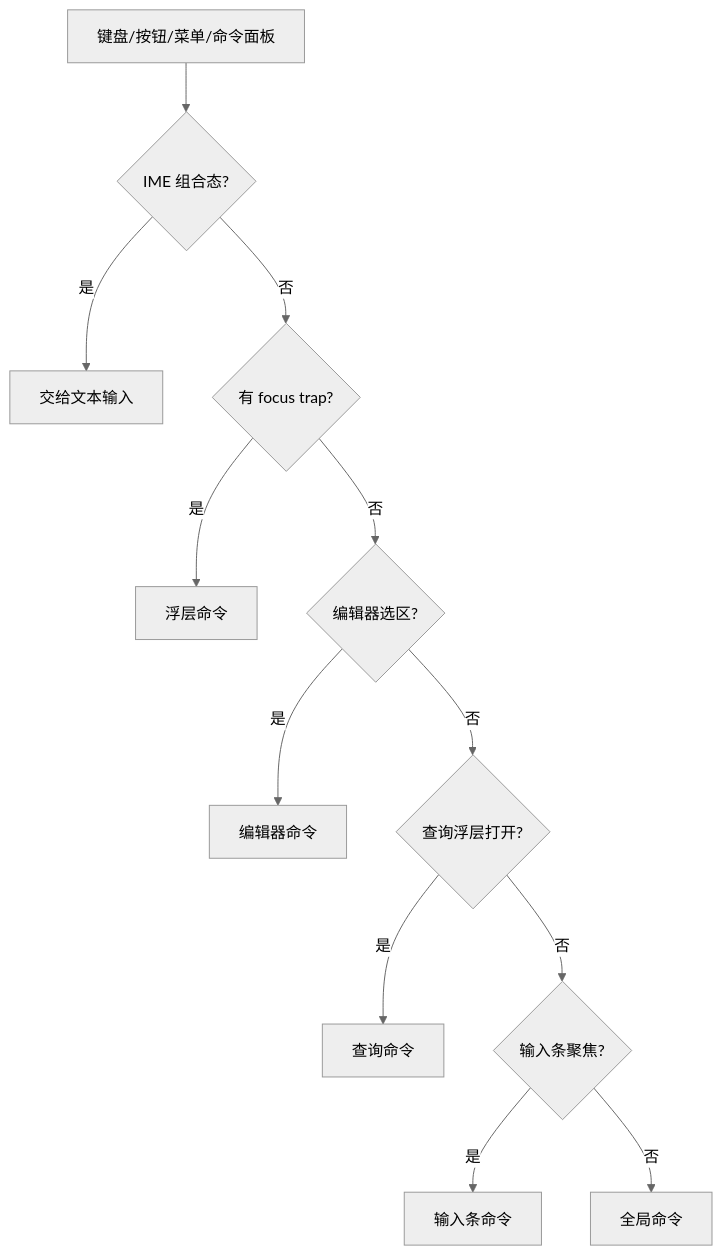
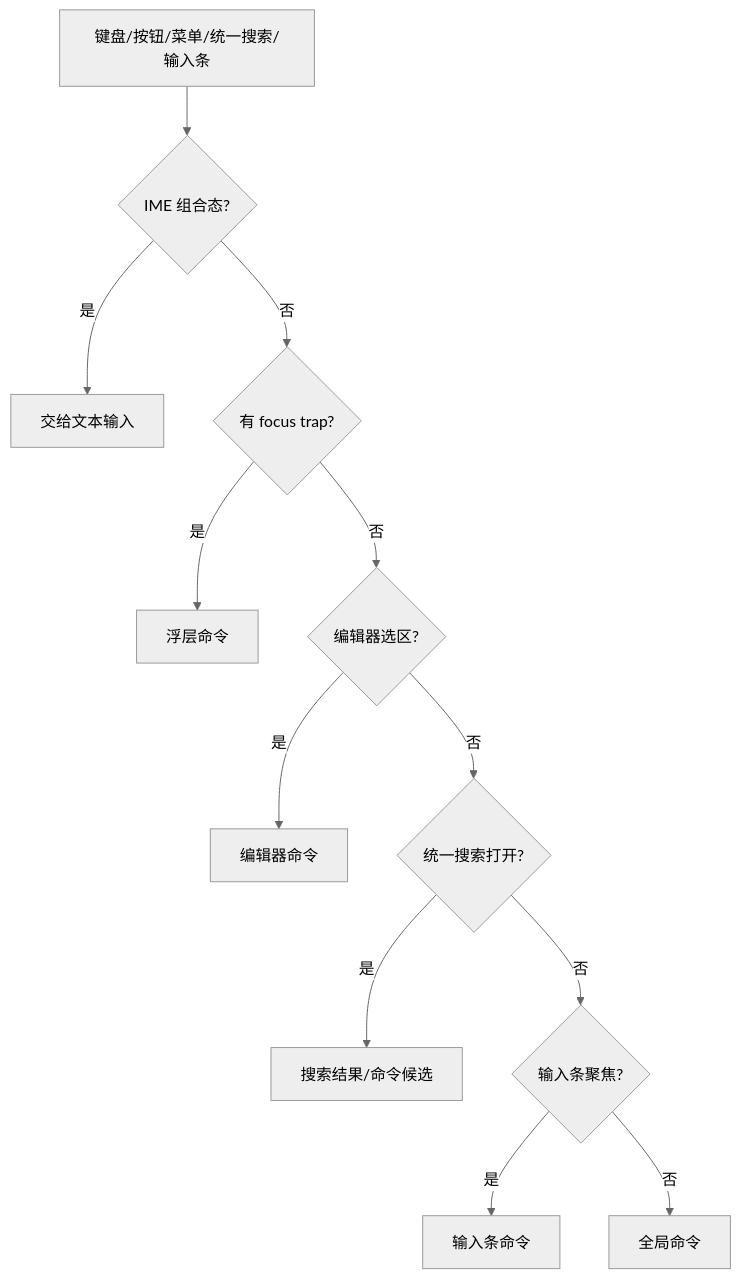
One commit to jinhuang712/open-novel changed the second of 3 diagrams in spec/S13-editor-and-interaction.md. Above: the diagram before and after it, drawn with Mermaid (neutral theme). The commit also changed other lines of this file and 29 other files, not shown here.

````diff
--- a/spec/S13-editor-and-interaction.md
+++ b/spec/S13-editor-and-interaction.md
@@ -42,14 +41,14 @@
 ```mermaid
 flowchart TD
-  Key[键盘/按钮/菜单/命令面板] --> IME{IME 组合态?}
+  Key[键盘/按钮/菜单/统一搜索/输入条] --> IME{IME 组合态?}
   IME -->|是| Text[交给文本输入]
   IME -->|否| Modal{有 focus trap?}
   Modal -->|是| ModalCmd[浮层命令]
   Modal -->|否| Selection{编辑器选区?}
   Selection -->|是| EditorCmd[编辑器命令]
-  Selection -->|否| Query{查询浮层打开?}
-  Query -->|是| QueryCmd[查询命令]
-  Query -->|否| Composer{输入条聚焦?}
+  Selection -->|否| Search{统一搜索打开?}
+  Search -->|是| SearchCmd[搜索结果/命令候选]
+  Search -->|否| Composer{输入条聚焦?}
   Composer -->|是| ComposerCmd[输入条命令]
   Composer -->|否| Global[全局命令]
 ```
````
